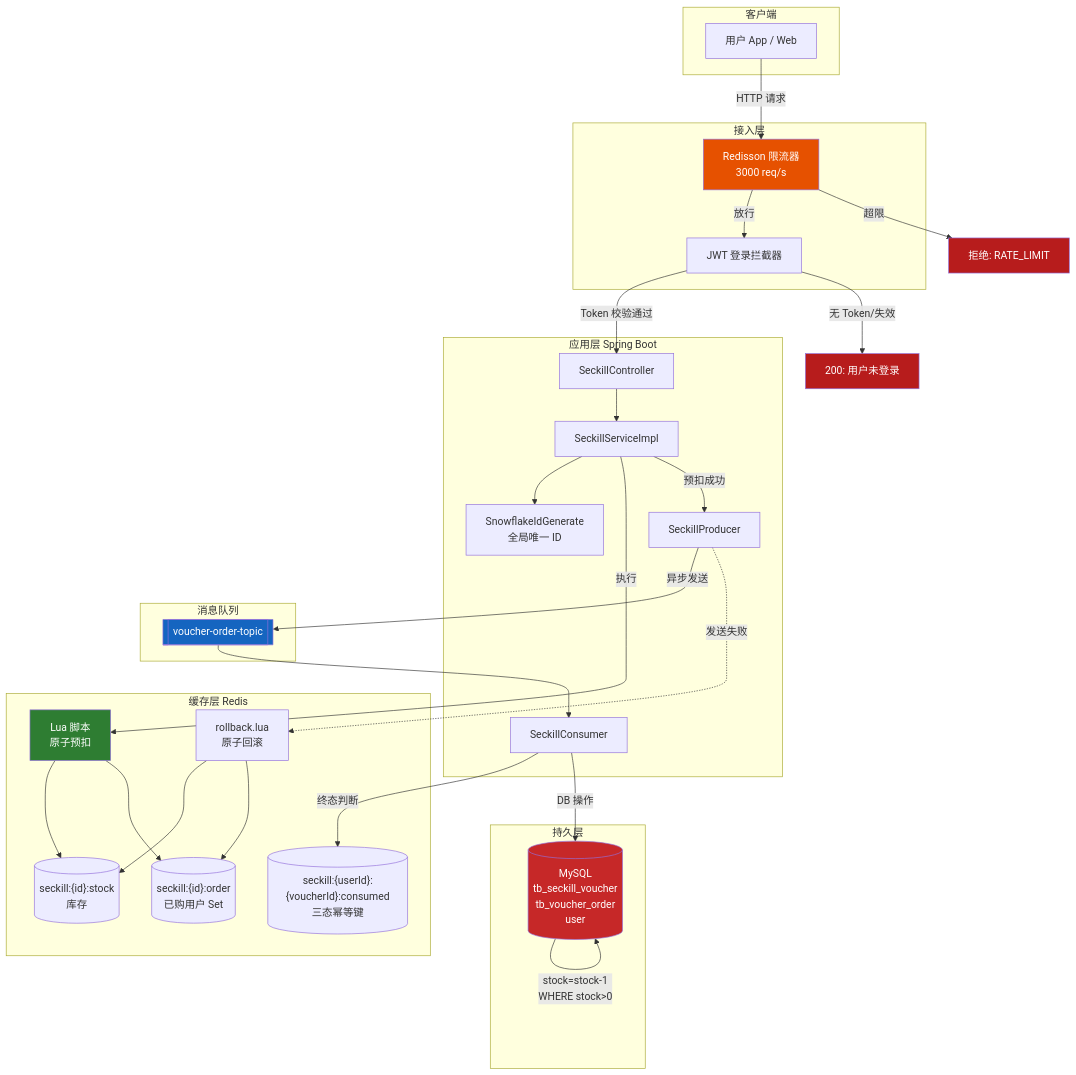
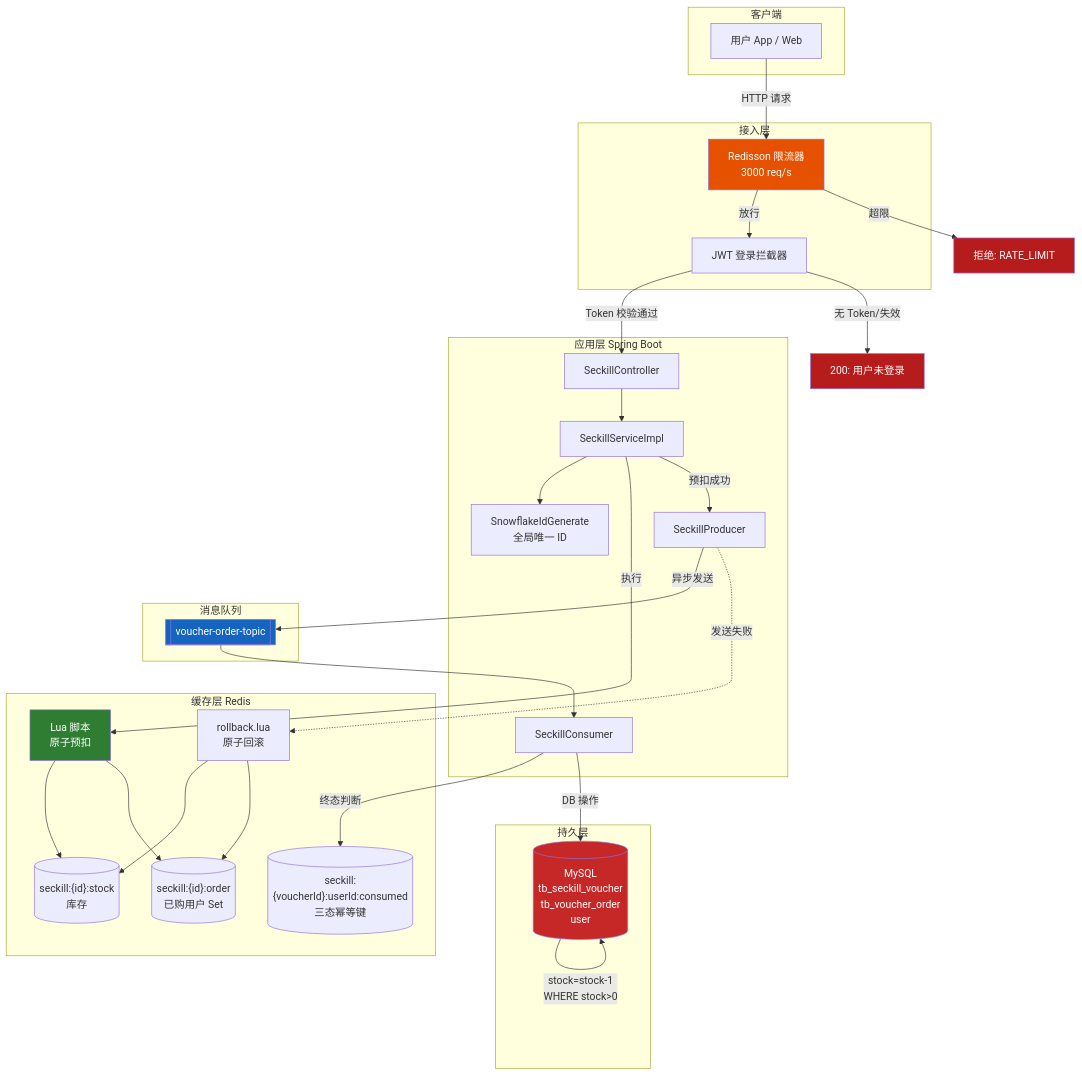
The first of 3 diagrams in README.md (Shardkiht/FlashDeal), drawn with Mermaid before and after one commit. The commit also changed other lines of this file, not shown here.

First line of the commit message:
docs(architecture): 更新缓存设计和项目结构文档

````diff
--- a/README.md
+++ b/README.md
@@ -105,64 +105,64 @@
 ```mermaid
 flowchart TB
     subgraph Client["客户端"]
         U["用户 App / Web"]
     end
 
     subgraph Gateway["接入层"]
         RL["Redisson 限流器<br/>3000 req/s"]
         LI["JWT 登录拦截器"]
     end
 
     subgraph App["应用层 Spring Boot"]
         CTRL["SeckillController"]
         SVC["SeckillServiceImpl"]
         IDG["SnowflakeIdGenerate<br/>全局唯一 ID"]
         PROD["SeckillProducer"]
         CONS["SeckillConsumer"]
     end
 
     subgraph Cache["缓存层 Redis"]
         STOCK[("seckill:{id}:stock<br/>库存")]
         ORDER[("seckill:{id}:order<br/>已购用户 Set")]
-        IDEM[("seckill:{userId}:{voucherId}:consumed<br/>三态幂等键")]
+        IDEM[("seckill:{voucherId}:userId:consumed<br/>三态幂等键")]
 
         LUA["Lua 脚本<br/>原子预扣"]
         RBLUA["rollback.lua<br/>原子回滚"]
     end
 
     subgraph MQ["消息队列"]
         TOPIC[["voucher-order-topic"]]
     end
 
     subgraph DB["持久层"]
         MYSQL[("MySQL<br/>tb_seckill_voucher<br/>tb_voucher_order<br/>user")]
     end
 
     U -->|HTTP 请求| RL
     RL -->|放行| LI
     RL -->|超限| REJ["拒绝: RATE_LIMIT"]
     LI -->|Token 校验通过| CTRL
     LI -->|无 Token/失效| UNAUTH["200: 用户未登录"]
     CTRL --> SVC
     SVC --> IDG
 
     SVC -->|执行| LUA
     LUA --> STOCK
     LUA --> ORDER
     SVC -->|预扣成功| PROD
     PROD -->|异步发送| TOPIC
     PROD -.->|发送失败| RBLUA
     RBLUA --> STOCK
     RBLUA --> ORDER
     TOPIC --> CONS
     CONS -->|终态判断| IDEM
     CONS -->|DB 操作| MYSQL
     MYSQL -->|stock=stock-1<br/>WHERE stock>0| MYSQL
 
     style RL fill:#e65100,color:#fff
     style LUA fill:#2e7d32,color:#fff
     style TOPIC fill:#1565c0,color:#fff
     style MYSQL fill:#c62828,color:#fff
     style REJ fill:#b71c1c,color:#fff
     style UNAUTH fill:#b71c1c,color:#fff
 ```
````
